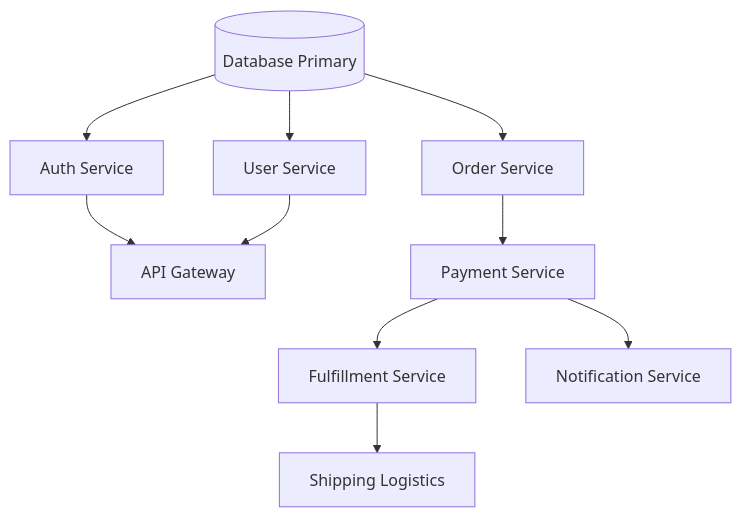
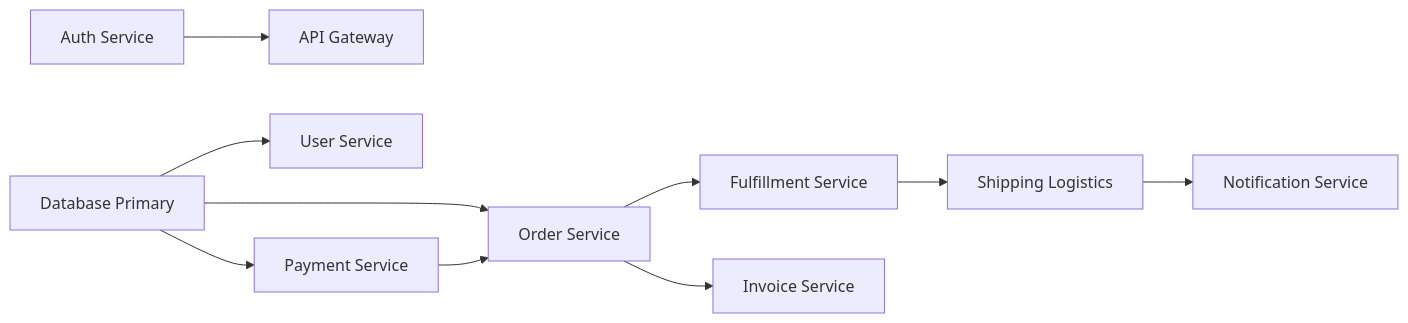
The diagram in docs/algorithms.md (sangam-builds/cloudpilot), drawn with Mermaid before and after one commit. The commit also changed other lines of this file and 21 other files, not shown here.

Commit message:
clean up docs, add architecture decision records, and expand test coverage across backend and AI services

````diff
--- a/docs/algorithms.md
+++ b/docs/algorithms.md
@@ -38,12 +88,12 @@
 ```mermaid
-graph TD
-    DB[(Database Primary)] --> Auth[Auth Service]
-    DB --> User[User Service]
-    DB --> Order[Order Service]
-    Auth --> Gateway[API Gateway]
-    User --> Gateway
-    Order --> Pay[Payment Service]
-    Pay --> Fulfill[Fulfillment Service]
-    Fulfill --> Ship[Shipping Logistics]
-    Pay --> Notify[Notification Service]
+graph LR
+    Auth["Auth Service"] --> Gateway["API Gateway"]
+    DB["Database Primary"] --> User["User Service"]
+    DB --> Order["Order Service"]
+    DB --> Pay["Payment Service"]
+    Pay --> Order
+    Order --> Fulfill["Fulfillment Service"]
+    Order --> Invoice["Invoice Service"]
+    Fulfill --> Ship["Shipping Logistics"]
+    Ship --> Notify["Notification Service"]
 ```
````
